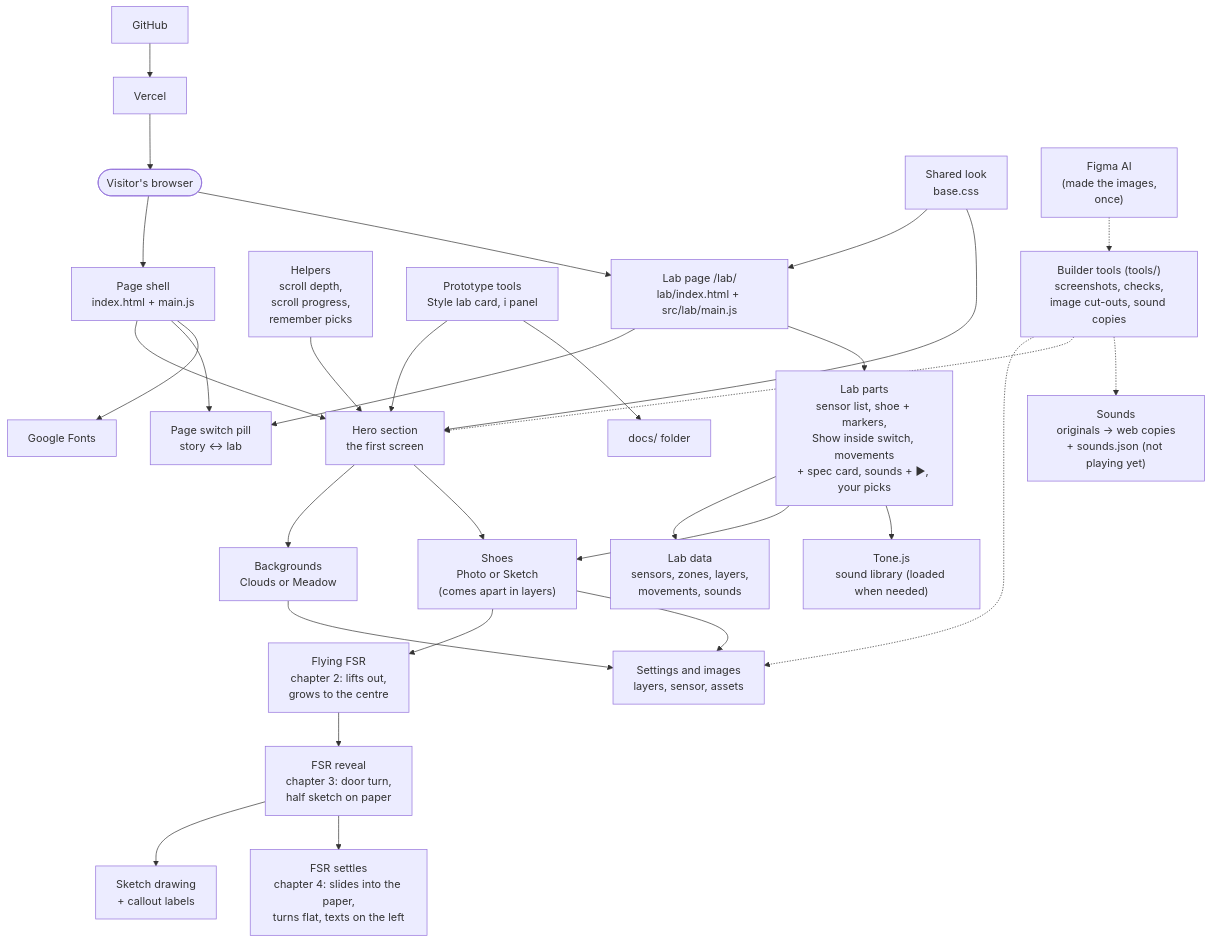
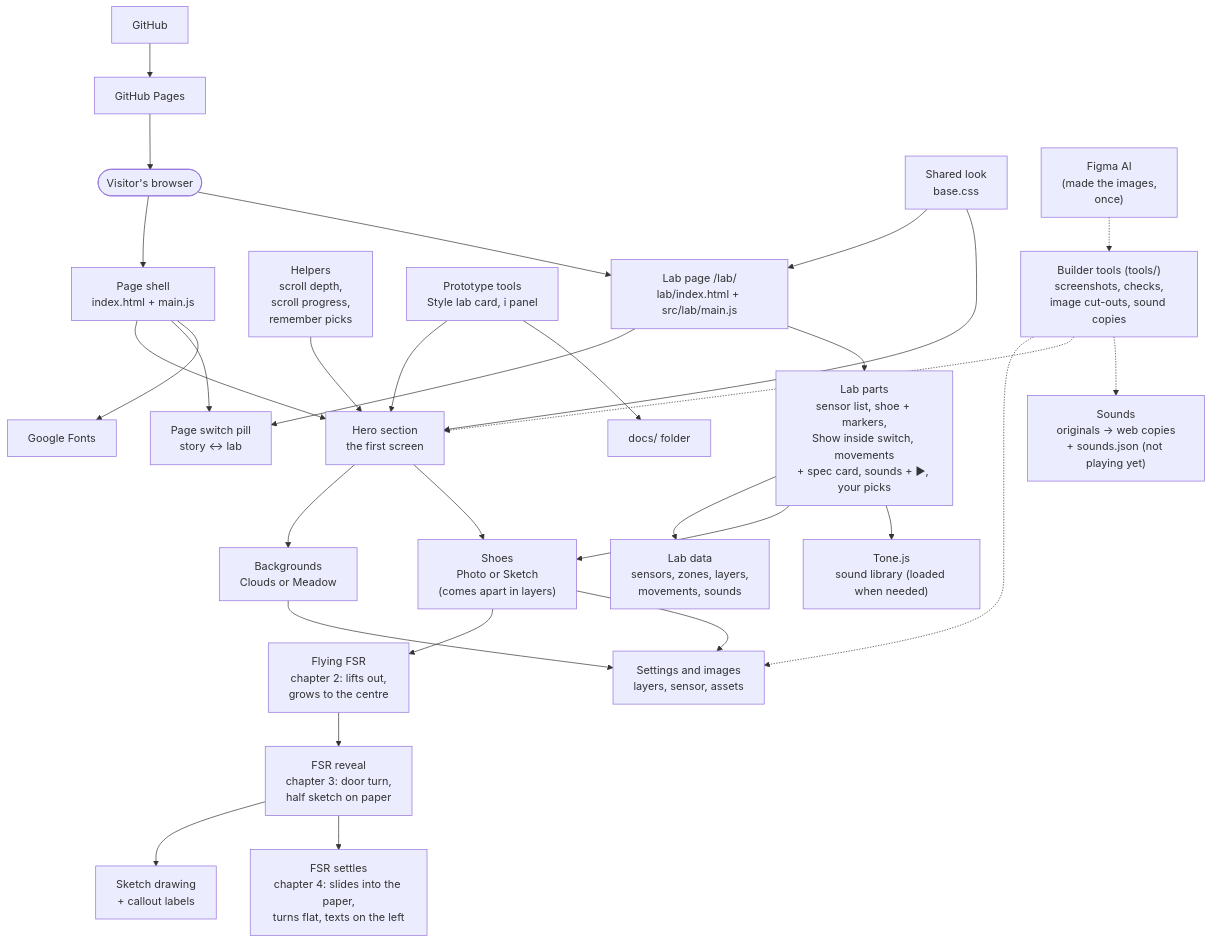
The diagram in docs/architecture.md (Veruzka/magic-shoes-presentation), drawn with Mermaid before and after one commit. The commit also changed other lines of this file and 8 other files, not shown here.

First line of the commit message:
Team copy: publish with GitHub Pages from a sub-folder

````diff
--- a/docs/architecture.md
+++ b/docs/architecture.md
@@ -3,53 +3,53 @@
 ```mermaid
 flowchart TD
   visitor(["Visitor's browser"])
   page["Page shell<br/>index.html + main.js"]
   hero["Hero section<br/>the first screen"]
   bg["Backgrounds<br/>Clouds or Meadow"]
   shoe["Shoes<br/>Photo or Sketch<br/>(comes apart in layers)"]
   flight["Flying FSR<br/>chapter 2: lifts out,<br/>grows to the centre"]
   reveal["FSR reveal<br/>chapter 3: door turn,<br/>half sketch on paper"]
   sketch["Sketch drawing<br/>+ callout labels"]
   settle["FSR settles<br/>chapter 4: slides into the paper,<br/>turns flat, texts on the left"]
   data["Settings and images<br/>layers, sensor, assets"]
   helpers["Helpers<br/>scroll depth,<br/>scroll progress,<br/>remember picks"]
   styles["Shared look<br/>base.css"]
   tools["Prototype tools<br/>Style lab card, i panel"]
   lab["Lab page /lab/<br/>lab/index.html + src/lab/main.js"]
   labdata["Lab data<br/>sensors, zones, layers,<br/>movements, sounds"]
   labparts["Lab parts<br/>sensor list, shoe + markers,<br/>Show inside switch, movements<br/>+ spec card, sounds + ▶, your picks"]
   tonejs["Tone.js<br/>sound library (loaded when needed)"]
   pill["Page switch pill<br/>story ↔ lab"]
   docs["docs/ folder"]
   github["GitHub"]
-  vercel["Vercel"]
+  vercel["GitHub Pages"]
   fonts["Google Fonts"]
   figma["Figma AI<br/>(made the images,<br/>once)"]
   devtools["Builder tools (tools/)<br/>screenshots, checks,<br/>image cut-outs, sound copies"]
   sounds["Sounds<br/>originals → web copies<br/>+ sounds.json (not playing yet)"]
 
   visitor --> page --> hero
   visitor --> lab
   page --> pill
   lab --> pill
   lab --> labparts --> labdata
   labparts --> shoe
   labparts --> tonejs
   styles --> lab
   hero --> bg
   hero --> shoe
   shoe --> flight
   flight --> reveal --> sketch
   reveal --> settle
   bg --> data
   shoe --> data
   helpers --> hero
   styles --> hero
   tools --> hero
   tools --> docs
   page --> fonts
   github --> vercel --> visitor
   figma -.-> devtools -.-> data
   devtools -.-> hero
   devtools -.-> sounds
 ```
````
